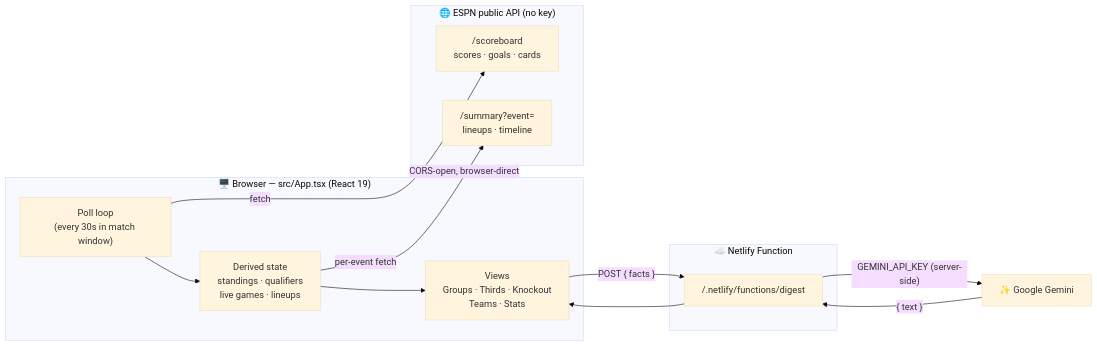
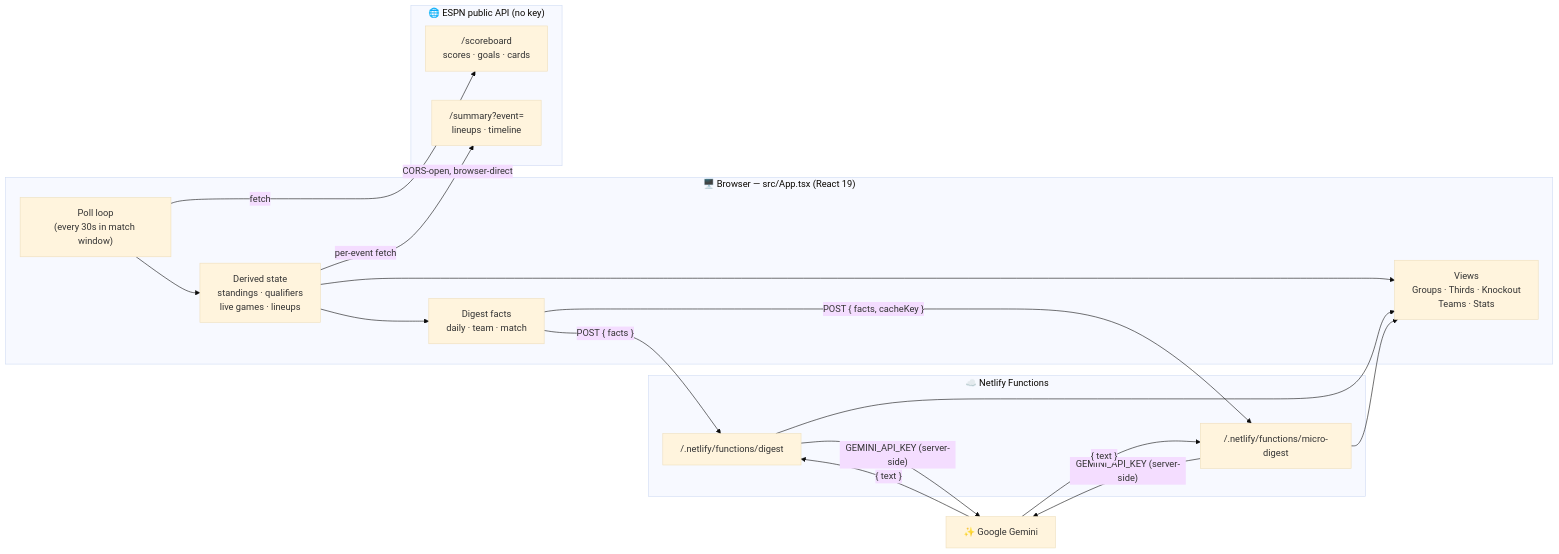
Before and after one commit to kaimrdth/WC2026: the first of 4 diagrams in README.md, drawn with Mermaid (base theme). The commit also changed other lines of this file and 1 other file, not shown here.

````diff
--- a/README.md
+++ b/README.md
@@ -64,28 +67,34 @@
 ```mermaid
 flowchart LR
     subgraph Browser["🖥️ Browser — src/App.tsx (React 19)"]
         Poll["Poll loop<br/>(every 30s in match window)"]
         State["Derived state<br/>standings · qualifiers<br/>live games · lineups"]
         UI["Views<br/>Groups · Thirds · Knockout<br/>Teams · Stats"]
+        Facts["Digest facts<br/>daily · team · match"]
         Poll --> State --> UI
+        State --> Facts
     end
 
     subgraph ESPN["🌐 ESPN public API (no key)"]
         Scoreboard["/scoreboard<br/>scores · goals · cards"]
         Summary["/summary?event=<id><br/>lineups · timeline"]
     end
 
-    subgraph Netlify["☁️ Netlify Function"]
+    subgraph Netlify["☁️ Netlify Functions"]
         Digest["/.netlify/functions/digest"]
+        Micro["/.netlify/functions/micro-digest"]
     end
 
     Gemini["✨ Google Gemini"]
 
     Poll -->|fetch| Scoreboard
     State -->|per-event fetch| Summary
-    UI -->|"POST { facts }"| Digest
+    Facts -->|"POST { facts }"| Digest
+    Facts -->|"POST { facts, cacheKey }"| Micro
     Digest -->|"GEMINI_API_KEY (server-side)"| Gemini
+    Micro -->|"GEMINI_API_KEY (server-side)"| Gemini
     Gemini -->|"{ text }"| Digest --> UI
+    Gemini -->|"{ text }"| Micro --> UI
 
     ESPN -.CORS-open, browser-direct.-> Browser
 ```
````
